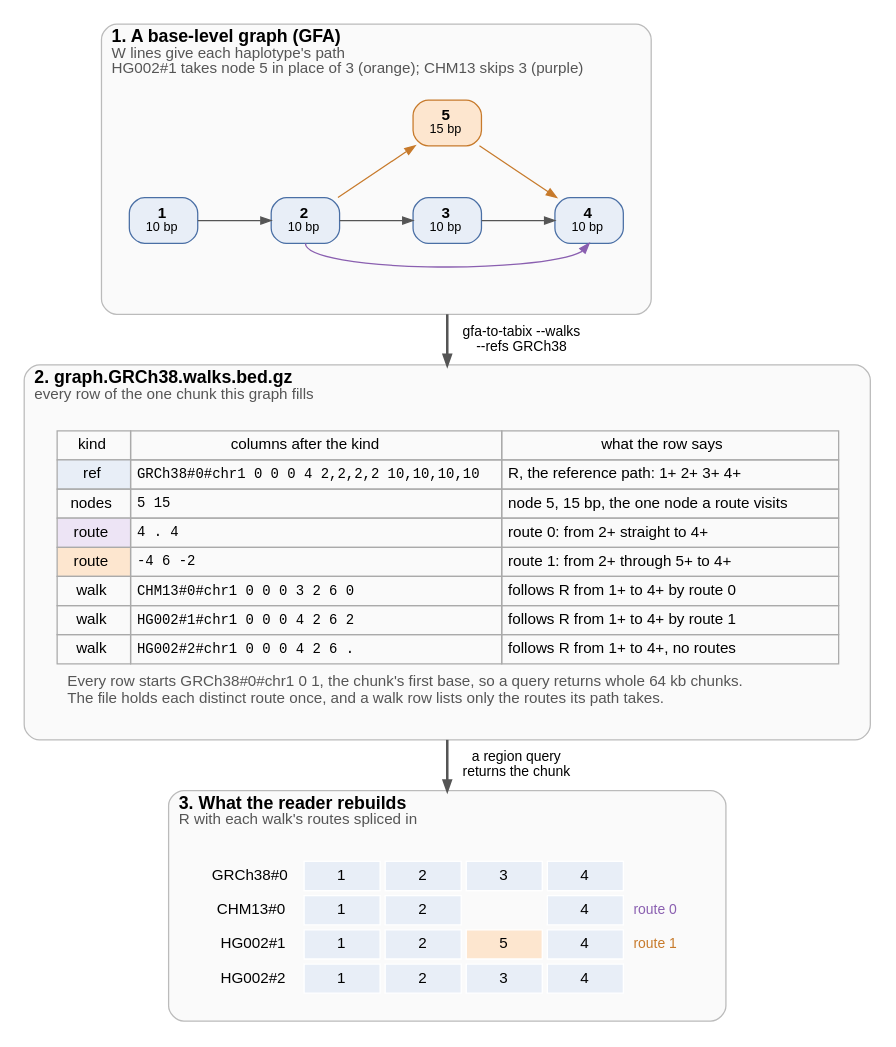
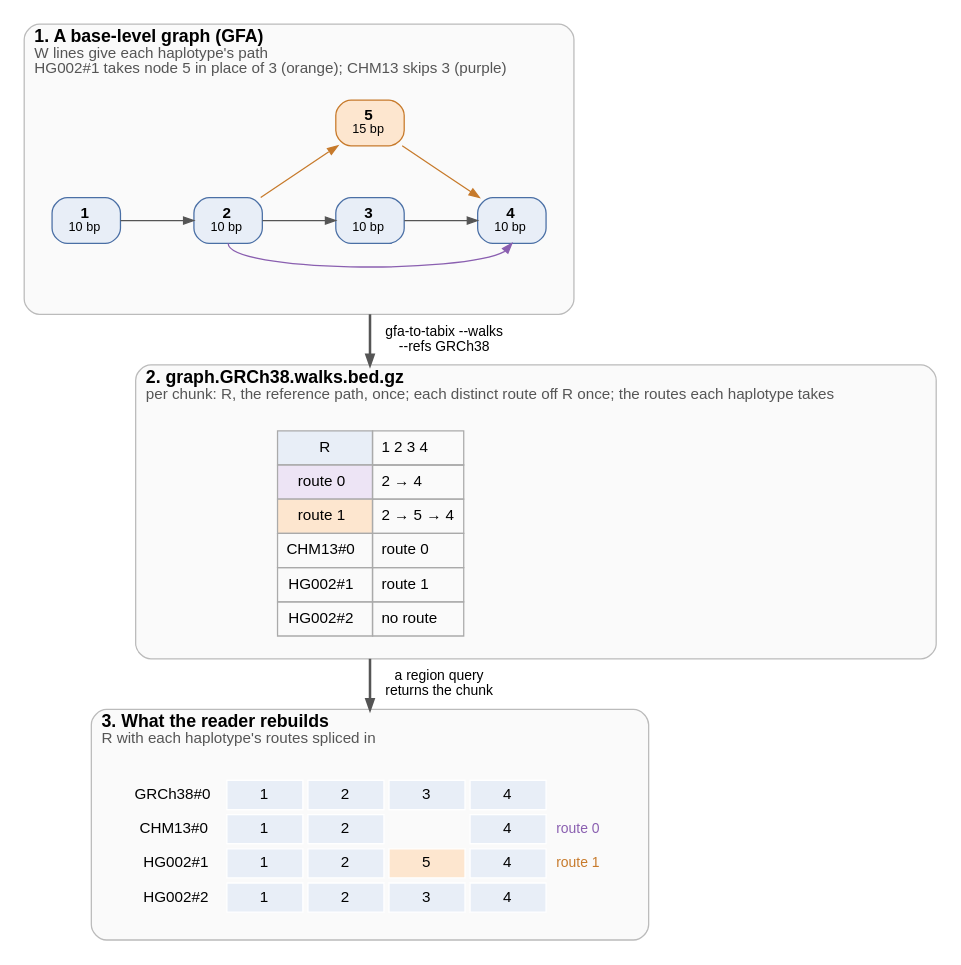
Before and after one commit to GMOD/gfa-to-tabix: the diagram in docs/figures/walks.dot, drawn with Graphviz. The commit also changed 10 other files, not shown here.

```diff
--- a/docs/figures/walks.dot
+++ b/docs/figures/walks.dot
@@ -1,74 +1,69 @@
 // scripts/figures.py fills the marked rows from the tool's output and draws this figure
 digraph walks {
   bgcolor="white"
   fontname="Helvetica"
   newrank=true
   compound=true
   nodesep=0.4
   ranksep=0.55
   node [fontname="Helvetica", fontsize=12, shape=box, style="filled,rounded", fillcolor="#e8eef7", color="#4a6fa5", margin="0.15,0.06"]
   edge [fontname="Helvetica", fontsize=11, color="#555555", arrowsize=0.8]
 
   subgraph {
     graph [labeljust=l, fontsize=14, color="#bbbbbb", style="rounded,filled", fillcolor="#fafafa", margin=14]
 
     subgraph cluster_graph {
       label=<<B>1. A base-level graph (GFA)</B><BR ALIGN="LEFT"/><FONT POINT-SIZE="12" COLOR="#555555">W lines give each haplotype's path</FONT><BR ALIGN="LEFT"/><FONT POINT-SIZE="12" COLOR="#555555">HG002#1 takes node 5 in place of 3 (orange); CHM13 skips 3 (purple)</FONT><BR ALIGN="LEFT"/>>
       // begin graph
       n1 [label=<<B>1</B><BR/><FONT POINT-SIZE="10">10 bp</FONT>>]
       n2 [label=<<B>2</B><BR/><FONT POINT-SIZE="10">10 bp</FONT>>]
       n3 [label=<<B>3</B><BR/><FONT POINT-SIZE="10">10 bp</FONT>>]
       n4 [label=<<B>4</B><BR/><FONT POINT-SIZE="10">10 bp</FONT>>]
       n5 [label=<<B>5</B><BR/><FONT POINT-SIZE="10">15 bp</FONT>>, fillcolor="#fde6cf", color="#c77a2b"]
       {rank=same; n1; n2; n3; n4}
       n1 -> n2 [weight=20]
       n2 -> n3 [weight=20]
       n3 -> n4 [weight=20]
       n2 -> n5 [color="#c77a2b", constraint=false]
       n5 -> n4 [color="#c77a2b", constraint=false]
       n2:s -> n4:s [color="#8a5fb0", constraint=false]
       n5 -> n3 [style=invis, weight=20]
       nbelow [style=invis, label="", width=0, height=0]
       n3 -> nbelow [style=invis]
       // end graph
     }
 
     subgraph cluster_file {
-      label=<<B>2. graph.GRCh38.walks.bed.gz</B><BR ALIGN="LEFT"/><FONT POINT-SIZE="12" COLOR="#555555">every row of the one chunk this graph fills</FONT><BR ALIGN="LEFT"/>>
+      label=<<B>2. graph.GRCh38.walks.bed.gz</B><BR ALIGN="LEFT"/><FONT POINT-SIZE="12" COLOR="#555555">per chunk: R, the reference path, once; each distinct route off R once; the routes each haplotype takes</FONT><BR ALIGN="LEFT"/>>
       rows [shape=plaintext, style="", label=<
-        <TABLE BORDER="0" CELLBORDER="1" CELLSPACING="0" CELLPADDING="4" COLOR="#aaaaaa">
-          <TR BGCOLOR="#dddddd"><TD>kind</TD><TD>columns after the kind</TD><TD>what the row says</TD></TR>
+        <TABLE BORDER="0" CELLBORDER="1" CELLSPACING="0" CELLPADDING="6" COLOR="#aaaaaa">
           <!-- begin rows -->
-          <TR><TD BGCOLOR="#e8eef7">ref</TD><TD ALIGN="LEFT"><FONT FACE="Courier" POINT-SIZE="11">GRCh38#0#chr1 0 0 0 4 2,2,2,2 10,10,10,10</FONT></TD><TD ALIGN="LEFT">R, the reference path: 1+ 2+ 3+ 4+</TD></TR>
-          <TR><TD>nodes</TD><TD ALIGN="LEFT"><FONT FACE="Courier" POINT-SIZE="11">5 15</FONT></TD><TD ALIGN="LEFT">node 5, 15 bp, the one node a route visits</TD></TR>
-          <TR><TD BGCOLOR="#ede4f5">route</TD><TD ALIGN="LEFT"><FONT FACE="Courier" POINT-SIZE="11">4 . 4</FONT></TD><TD ALIGN="LEFT">route 0: from 2+ straight to 4+</TD></TR>
-          <TR><TD BGCOLOR="#fde6cf">route</TD><TD ALIGN="LEFT"><FONT FACE="Courier" POINT-SIZE="11">-4 6 -2</FONT></TD><TD ALIGN="LEFT">route 1: from 2+ through 5+ to 4+</TD></TR>
-          <TR><TD>walk</TD><TD ALIGN="LEFT"><FONT FACE="Courier" POINT-SIZE="11">CHM13#0#chr1 0 0 0 3 2 6 0</FONT></TD><TD ALIGN="LEFT">follows R from 1+ to 4+ by route 0</TD></TR>
-          <TR><TD>walk</TD><TD ALIGN="LEFT"><FONT FACE="Courier" POINT-SIZE="11">HG002#1#chr1 0 0 0 4 2 6 2</FONT></TD><TD ALIGN="LEFT">follows R from 1+ to 4+ by route 1</TD></TR>
-          <TR><TD>walk</TD><TD ALIGN="LEFT"><FONT FACE="Courier" POINT-SIZE="11">HG002#2#chr1 0 0 0 4 2 6 .</FONT></TD><TD ALIGN="LEFT">follows R from 1+ to 4+, no routes</TD></TR>
+          <TR><TD BGCOLOR="#e8eef7">R</TD><TD ALIGN="LEFT">1 2 3 4</TD></TR>
+          <TR><TD BGCOLOR="#ede4f5">route 0</TD><TD ALIGN="LEFT">2 → 4</TD></TR>
+          <TR><TD BGCOLOR="#fde6cf">route 1</TD><TD ALIGN="LEFT">2 → 5 → 4</TD></TR>
+          <TR><TD>CHM13#0</TD><TD ALIGN="LEFT">route 0</TD></TR>
+          <TR><TD>HG002#1</TD><TD ALIGN="LEFT">route 1</TD></TR>
+          <TR><TD>HG002#2</TD><TD ALIGN="LEFT">no route</TD></TR>
           <!-- end rows -->
-          <!-- begin caption -->
-          <TR><TD BORDER="0" CELLPADDING="8" COLSPAN="3" ALIGN="LEFT" BALIGN="LEFT"><FONT POINT-SIZE="12" COLOR="#555555">Every row starts GRCh38#0#chr1 0 1, the chunk's first base, so a query returns whole 64 kb chunks.<BR/>The file holds each distinct route once, and a walk row lists only the routes its path takes.</FONT></TD></TR>
-          <!-- end caption -->
         </TABLE>>]
     }
 
     subgraph cluster_rebuilt {
-      label=<<B>3. What the reader rebuilds</B><BR ALIGN="LEFT"/><FONT POINT-SIZE="12" COLOR="#555555">R with each walk's routes spliced in</FONT><BR ALIGN="LEFT"/>>
+      label=<<B>3. What the reader rebuilds</B><BR ALIGN="LEFT"/><FONT POINT-SIZE="12" COLOR="#555555">R with each haplotype's routes spliced in</FONT><BR ALIGN="LEFT"/>>
       rebuilt [shape=plaintext, style="", label=<
         <TABLE BORDER="0" CELLBORDER="1" CELLSPACING="4" CELLPADDING="4" COLOR="#ffffff">
           <!-- begin rebuilt -->
           <TR><TD BORDER="0" ALIGN="RIGHT">GRCh38#0</TD><TD WIDTH="60" BGCOLOR="#e8eef7">1</TD><TD WIDTH="60" BGCOLOR="#e8eef7">2</TD><TD WIDTH="60" BGCOLOR="#e8eef7">3</TD><TD WIDTH="60" BGCOLOR="#e8eef7">4</TD><TD BORDER="0" ALIGN="LEFT"></TD></TR>
           <TR><TD BORDER="0" ALIGN="RIGHT">CHM13#0</TD><TD BGCOLOR="#e8eef7">1</TD><TD BGCOLOR="#e8eef7">2</TD><TD BORDER="0"></TD><TD BGCOLOR="#e8eef7">4</TD><TD BORDER="0" ALIGN="LEFT"><FONT POINT-SIZE="11" COLOR="#8a5fb0">route 0</FONT></TD></TR>
           <TR><TD BORDER="0" ALIGN="RIGHT">HG002#1</TD><TD BGCOLOR="#e8eef7">1</TD><TD BGCOLOR="#e8eef7">2</TD><TD BGCOLOR="#fde6cf">5</TD><TD BGCOLOR="#e8eef7">4</TD><TD BORDER="0" ALIGN="LEFT"><FONT POINT-SIZE="11" COLOR="#c77a2b">route 1</FONT></TD></TR>
           <TR><TD BORDER="0" ALIGN="RIGHT">HG002#2</TD><TD BGCOLOR="#e8eef7">1</TD><TD BGCOLOR="#e8eef7">2</TD><TD BGCOLOR="#e8eef7">3</TD><TD BGCOLOR="#e8eef7">4</TD><TD BORDER="0" ALIGN="LEFT"></TD></TR>
           <!-- end rebuilt -->
         </TABLE>>]
     }
   }
 
   // begin arrows
   nbelow -> rows [ltail=cluster_graph, lhead=cluster_file, label="  gfa-to-tabix --walks\n  --refs GRCh38", penwidth=2]
   rows -> rebuilt [ltail=cluster_file, lhead=cluster_rebuilt, label="  a region query\n  returns the chunk", penwidth=2]
   // end arrows
 }
```
